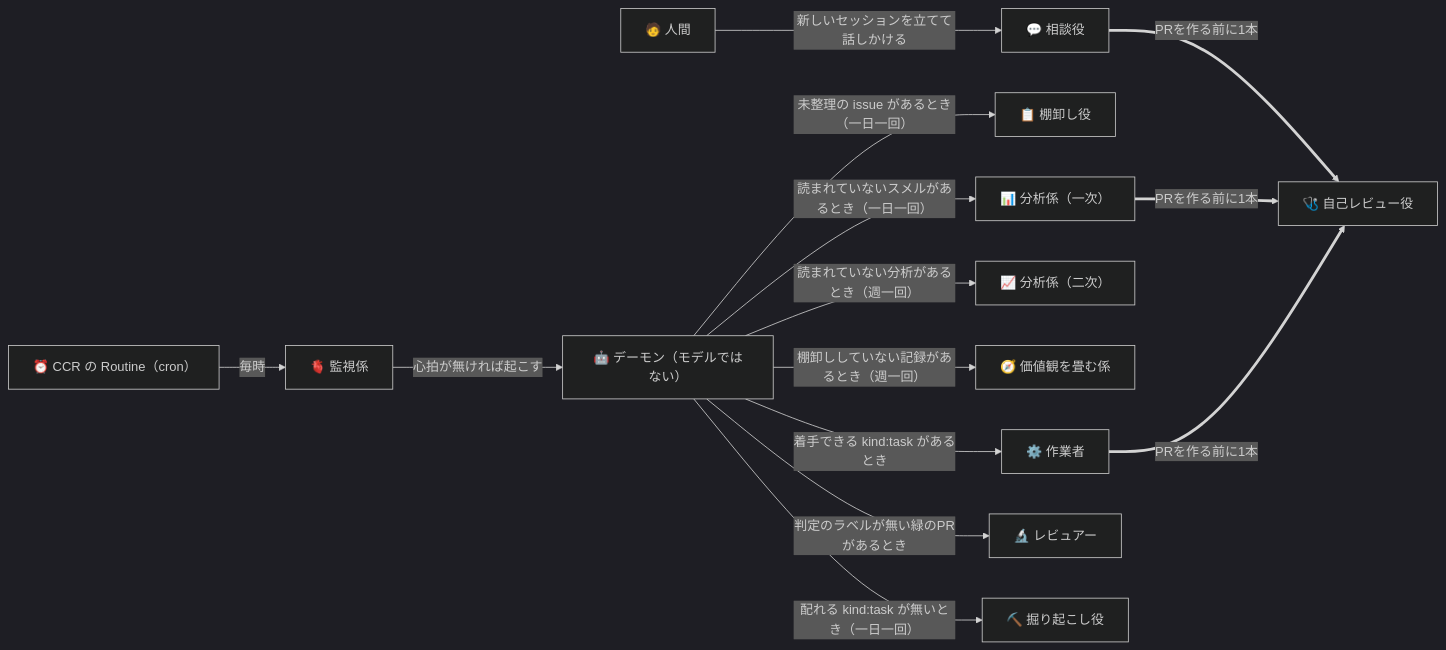
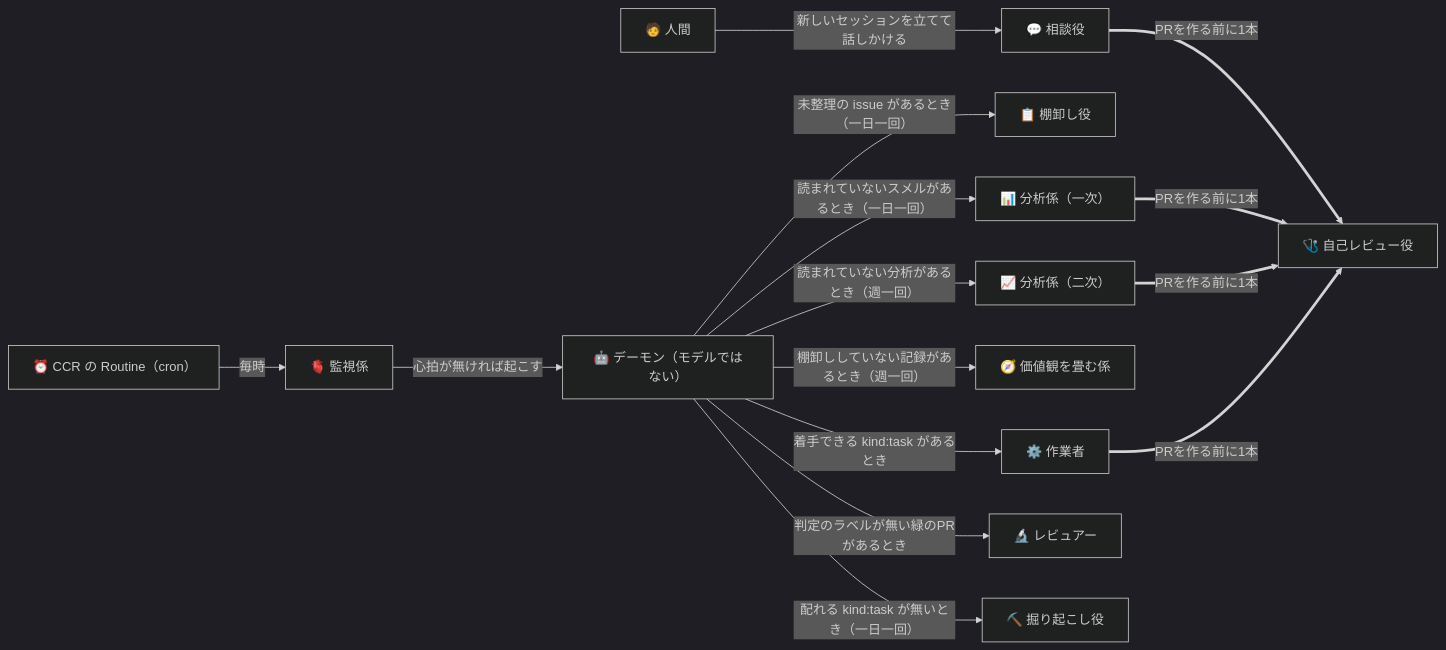
Before and after one commit to gooyyu1/UnmappedIsland: the first of 5 diagrams in docs/ParallelAgents.md, drawn with Mermaid (dark theme). The commit also changed 9 other files, not shown here.

````diff
--- a/docs/ParallelAgents.md
+++ b/docs/ParallelAgents.md
@@ -28,30 +28,31 @@
 ```mermaid
 flowchart LR
     Human["🧑 人間"]
     Cron["⏰ CCR の Routine（cron）"]
     Watch["🫀 監視係"]
     Daemon["🤖 デーモン（モデルではない）"]
     Adviser["💬 相談役"]
     Triage["📋 棚卸し役"]
     Analysis["📊 分析係（一次）"]
     Trend["📈 分析係（二次）"]
     Policy["🧭 価値観を畳む係"]
     Reviewer["🔬 レビュアー"]
     Worker["⚙️ 作業者"]
     SelfReview["🩺 自己レビュー役"]
     Digger["⛏️ 掘り起こし役"]
 
     Human -->|"新しいセッションを立てて話しかける"| Adviser
     Cron -->|"毎時"| Watch
     Watch -->|"心拍が無ければ起こす"| Daemon
     Daemon -->|"未整理の issue があるとき（一日一回）"| Triage
     Daemon -->|"読まれていないスメルがあるとき（一日一回）"| Analysis
     Daemon -->|"読まれていない分析があるとき（週一回）"| Trend
     Daemon -->|"棚卸ししていない記録があるとき（週一回）"| Policy
     Daemon -->|"着手できる kind:task があるとき"| Worker
     Daemon -->|"判定のラベルが無い緑のPRがあるとき"| Reviewer
     Daemon -->|"配れる kind:task が無いとき（一日一回）"| Digger
     Worker ==>|"PRを作る前に1本"| SelfReview
     Analysis ==>|"PRを作る前に1本"| SelfReview
+    Trend ==>|"PRを作る前に1本"| SelfReview
     Adviser ==>|"PRを作る前に1本"| SelfReview
 ```
````
